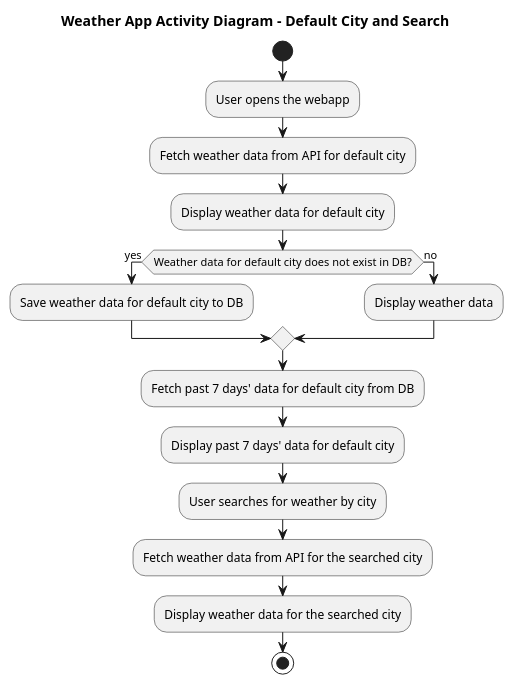
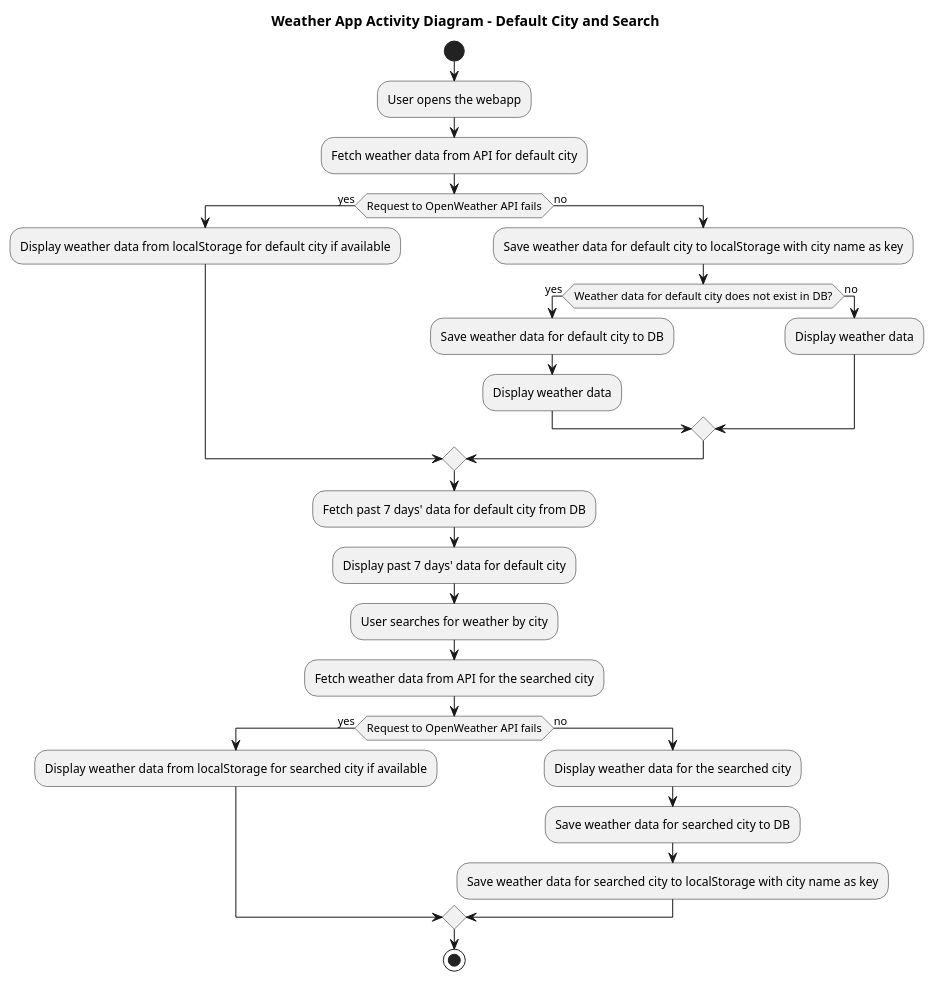
One commit to luckyklyist/WeatherAPP-ISA-SEM-2 changed the diagram in uml/activity_diagram.puml. Above: the diagram before and after it, drawn with PlantUML. The commit also changed 1 other file, not shown here.

```diff
--- a/uml/activity_diagram.puml
+++ b/uml/activity_diagram.puml
@@ -1,25 +1,36 @@
 @startuml
 title Weather App Activity Diagram - Default City and Search
 
 start
 
 :User opens the webapp;
 :Fetch weather data from API for default city;
-:Display weather data for default city;
 
-if (Weather data for default city does not exist in DB?) then (yes)
-    :Save weather data for default city to DB;
+if (Request to OpenWeather API fails) then (yes)
+    :Display weather data from localStorage for default city if available;
 else (no)
-    :Display weather data;
+    :Save weather data for default city to localStorage with city name as key;
+    if (Weather data for default city does not exist in DB?) then (yes)
+        :Save weather data for default city to DB;
+        :Display weather data;
+    else (no)
+        :Display weather data;
+    endif
 endif
 
 :Fetch past 7 days' data for default city from DB;
 :Display past 7 days' data for default city;
 
 :User searches for weather by city;
 :Fetch weather data from API for the searched city;
-:Display weather data for the searched city;
+if (Request to OpenWeather API fails) then (yes)
+    :Display weather data from localStorage for searched city if available;
+else (no)
+    :Display weather data for the searched city;
+    :Save weather data for searched city to DB;
+    :Save weather data for searched city to localStorage with city name as key;
+endif
 
 stop
 
 @enduml
```
